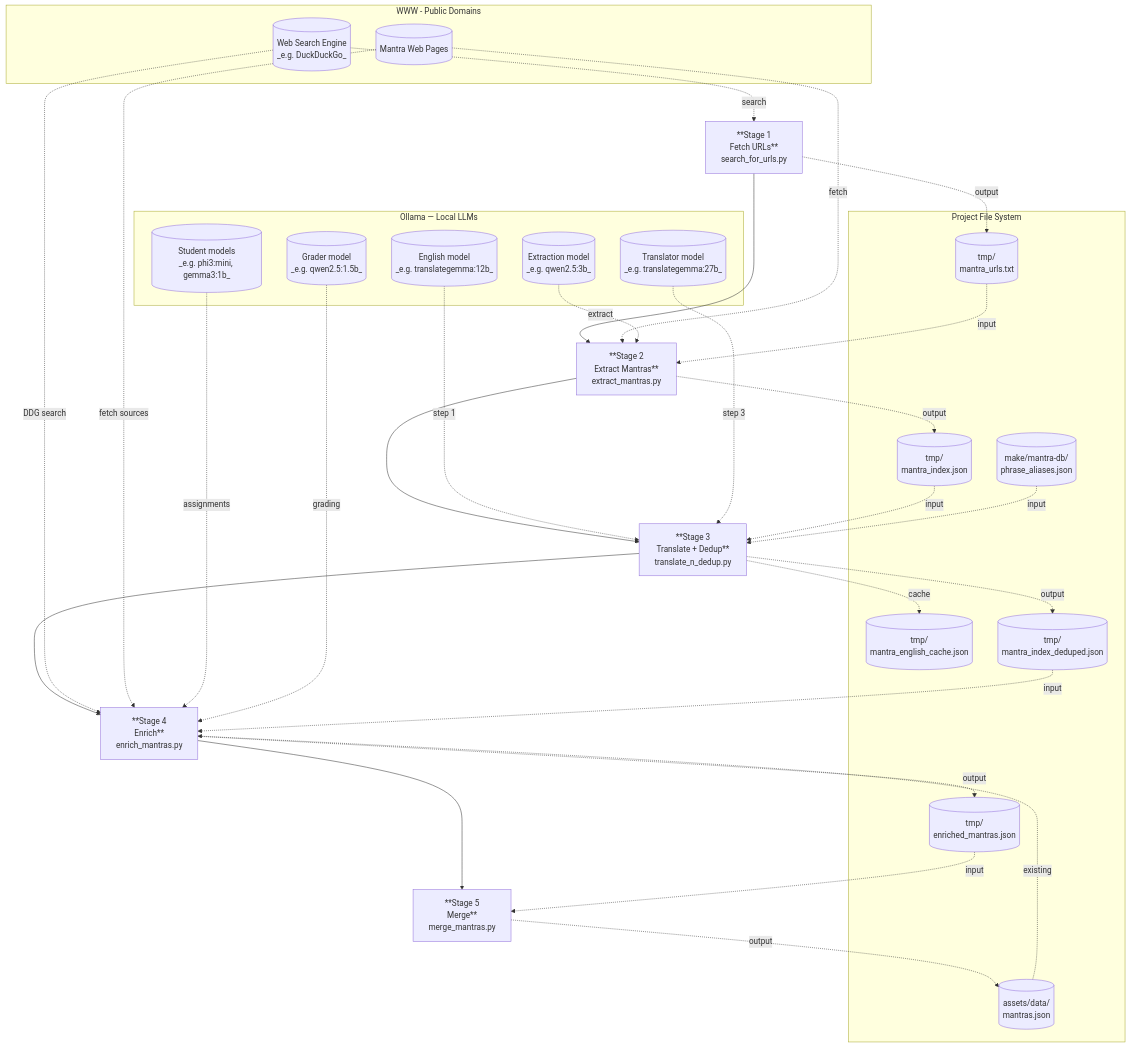
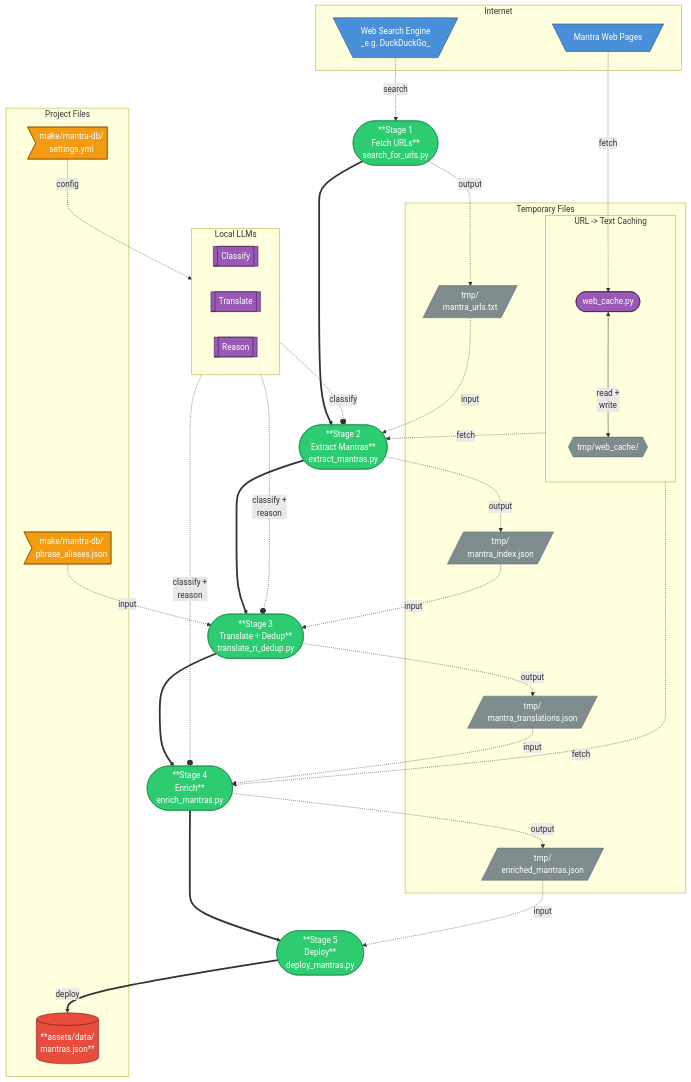
Before and after one commit to E-Brons/MyMantra: the diagram in make/mantra-db/README.md, drawn with Mermaid. The commit also changed other lines of this file and 11 other files, not shown here.

````diff
--- a/make/mantra-db/README.md
+++ b/make/mantra-db/README.md
@@ -30,52 +23,59 @@
 ```mermaid
 flowchart TD
-    subgraph internet["WWW - Public Domains"]
-        WSE[("Web Search Engine<br/>_e.g. DuckDuckGo_")]
-        WEB[("Mantra Web Pages")]
+    subgraph internet["Internet"]
+        WSE[\Web Search Engine<br/>_e.g. DuckDuckGo_/]:::web
+        WEB[\Mantra Web Pages/]:::web
     end
 
-    subgraph ollama["Ollama — Local LLMs"]
-        LLM_EXT[("Extraction model<br/>_e.g. qwen2.5:3b_")]
-        LLM_ENG[("English model<br/>_e.g. translategemma:12b_")]
-        LLM_TRN[("Translator model<br/>_e.g. translategemma:27b_")]
-        LLM_STU[("Student models<br/>_e.g. phi3:mini, gemma3:1b_")]
-        LLM_GRD[("Grader model<br/>_e.g. qwen2.5:1.5b_")]
+    subgraph OLLAMA["Local LLMs"]
+      CALSIFY[["Classify"]]:::llm
+      TRANSLATE[["Translate"]]:::llm
+      REASON[["Reason"]]:::llm
     end
 
-    S1["**Stage 1<br/> Fetch URLs**<br>search_for_urls.py"]
-    S2["**Stage 2<br/> Extract Mantras**<br>extract_mantras.py"]
-    S3["**Stage 3<br/> Translate + Dedup**<br>translate_n_dedup.py"]
-    S4["**Stage 4<br/> Enrich**<br>enrich_mantras.py"]
-    S5["**Stage 5<br/> Merge**<br>merge_mantras.py"]
+    S1(["**Stage 1<br/> Fetch URLs**<br>search_for_urls.py"]):::py
+    S2(["**Stage 2<br/> Extract Mantras**<br>extract_mantras.py"]):::py
+    S3(["**Stage 3<br/> Translate + Dedup**<br>translate_n_dedup.py"]):::py
+    S4(["**Stage 4<br/> Enrich**<br>enrich_mantras.py"]):::py
+    S5(["**Stage 5<br/> Deploy**<br>deploy_mantras.py"]):::py
 
-    subgraph filesystem["Project File System"]
-        URLS[("tmp/<br/>mantra_urls.txt")]
-        INDEX[("tmp/<br/>mantra_index.json")]
-        ENGCACHE[("tmp/<br/>mantra_english_cache.json")]
-        DEDUPED[("tmp/<br/>mantra_index_deduped.json")]
-        ENRICHED[("tmp/<br/>enriched_mantras.json")]
-        LIB[("assets/data/<br/>mantras.json")]
-        ALIASES[("make/mantra-db/<br/>phrase_aliases.json")]
+    subgraph tmpfiles["Temporary  Files"]
+        URLS[/tmp/<br/>mantra_urls.txt/]:::tmp_file
+        subgraph CACHE["URL -> Text Caching"]
+          WEB .->|fetch| CACHE_SCRIPT([web_cache.py]):::llm <--> |read +<br/>write|CACHE_FOLDER
+          CACHE_FOLDER{{tmp/web_cache/}}:::tmp_file
+        end
+        INDEX[/tmp/<br/>mantra_index.json/]:::tmp_file
+        DEDUPED[/tmp/<br/>mantra_translations.json/]:::tmp_file
+        ENRICHED[/tmp/<br/>enriched_mantras.json/]:::tmp_file
     end
 
-    S1 -->S2-->S3-->S4-->S5
+    subgraph filesystem["Project Files"]
+        ALIASES>make/mantra-db/<br/>phrase_aliases.json]:::file
+        CONFIG>make/mantra-db/<br/>settings.yml]:::file
+        LIB[("**assets/data/<br/>mantras.json**")]:::output
+    end
+
+    S1 ==>S2==>S3==>S4==>S5==>|deploy| LIB
 
     WSE .->|search| S1 .->|output| URLS
+    CACHE .->|fetch|S2
     URLS .->|input| S2
-    WEB .->|fetch| S2 .->|output| INDEX
-    LLM_EXT .->|extract| S2
+    S2 .->|output| INDEX
+    CONFIG .-> |config| OLLAMA .-o|classify| S2
     INDEX .->|input| S3
     ALIASES .->|input| S3
-    LLM_ENG .->|step 1| S3
-    LLM_TRN .->|step 3| S3
-    S3 .->|cache| ENGCACHE
+    OLLAMA .-o|classify +<br/>reason| S3
     S3 .->|output| DEDUPED
     DEDUPED .->|input| S4
-    LIB .->|existing| S4
-    WSE .->|DDG search| S4
-    WEB .->|fetch sources| S4
-    LLM_STU .->|assignments| S4
-    LLM_GRD .->|grading| S4
-    S4 .->|output| ENRICHED
-    ENRICHED .->|input| S5 .->|output| LIB
+    CACHE .->|fetch| S4
+    OLLAMA .-o|classify +<br/>reason| S4
+    S4 .->|output| ENRICHED .->|input| S5
+
+    classDef web fill:#4a90d9,stroke:#0E3E65,color:#fff
+    classDef llm fill:#9b59b6,stroke:#391846,color:#fff
+    classDef py fill:#2ecc71,stroke:#1a8a4a,color:#fff
+    classDef file fill:#f39c12,stroke:#925B02,color:#fff
+    classDef tmp_file fill:#7f8c8d,stroke:#566573,color:#fff
+    classDef output fill:#e74c3c,stroke:#5C0902,color:#fff
 ```
````
